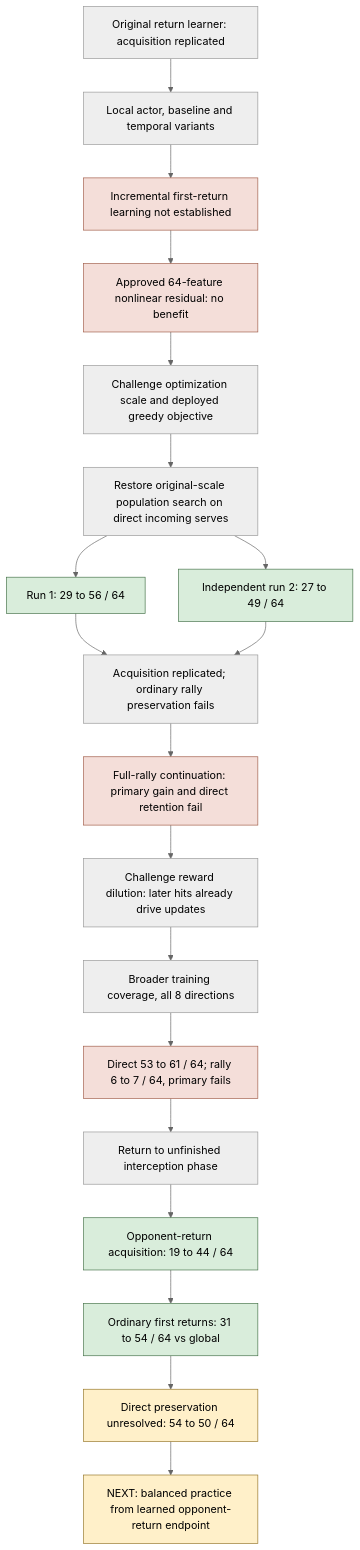
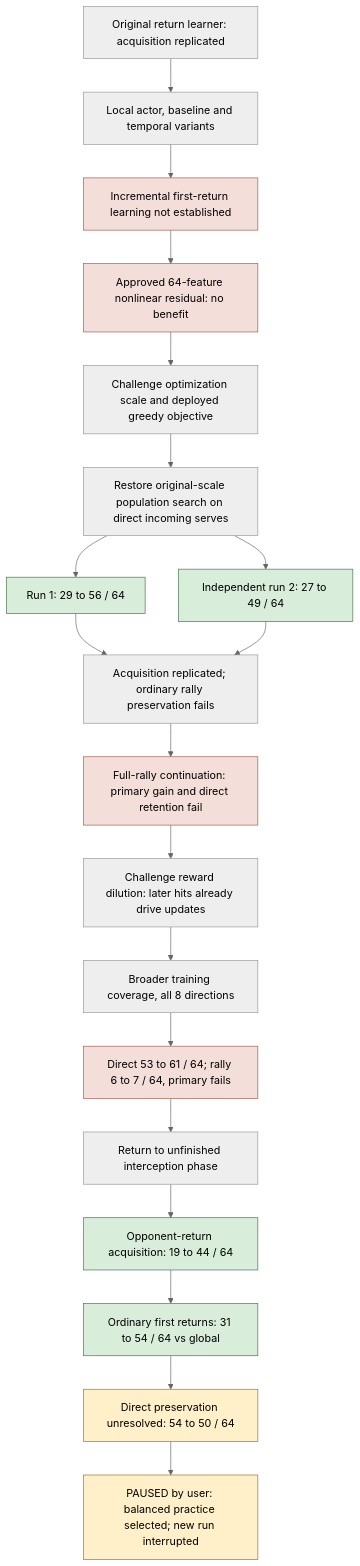
The diagram in docs/reconstruction/2026-10-22-progress-map.md (rruhland/Fly-Connectome), drawn with Mermaid (neutral theme) before and after one commit. The commit also changed other lines of this file and 1 other file, not shown here.

Commit message:
Pause orchestration at user request and preserve staged balanced study

````diff
--- a/docs/reconstruction/2026-10-22-progress-map.md
+++ b/docs/reconstruction/2026-10-22-progress-map.md
@@ -7,27 +7,27 @@
 ```mermaid
 flowchart TD
     A[Original return learner: acquisition replicated] --> B[Local actor, baseline and temporal variants]
     B --> C[Incremental first-return learning not established]
     C --> D[Approved 64-feature nonlinear residual: no benefit]
     D --> E[Challenge optimization scale and deployed greedy objective]
     E --> F[Restore original-scale population search on direct incoming serves]
     F --> G[Run 1: 29 to 56 / 64]
     F --> H[Independent run 2: 27 to 49 / 64]
     G --> I[Acquisition replicated; ordinary rally preservation fails]
     H --> I
     I --> J[Full-rally continuation: primary gain and direct retention fail]
     J --> K[Challenge reward dilution: later hits already drive updates]
     K --> L[Broader training coverage, all 8 directions]
     L --> M[Direct 53 to 61 / 64; rally 6 to 7 / 64, primary fails]
     M --> N[Return to unfinished interception phase]
     N --> O[Opponent-return acquisition: 19 to 44 / 64]
     O --> P[Ordinary first returns: 31 to 54 / 64 vs global]
     P --> Q[Direct preservation unresolved: 54 to 50 / 64]
-    Q --> R[NEXT: balanced practice from learned opponent-return endpoint]
+    Q --> R[PAUSED by user: balanced practice selected; new run interrupted]
     classDef gain fill:#d9eddb,stroke:#46734a
     classDef fail fill:#f4ded9,stroke:#a15d49
     classDef active fill:#fff0c9,stroke:#967627
     class G,H,O,P gain
     class C,D,J,M fail
     class Q,R active
 ```
````
